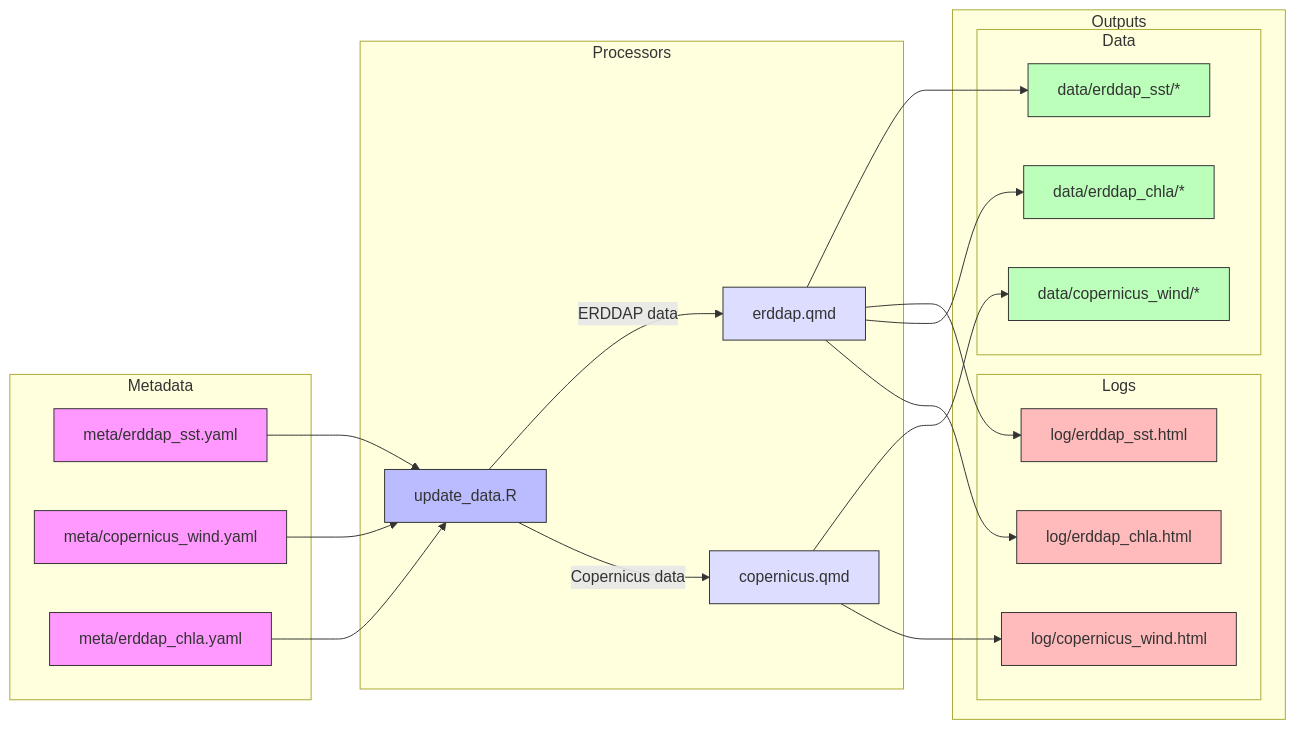
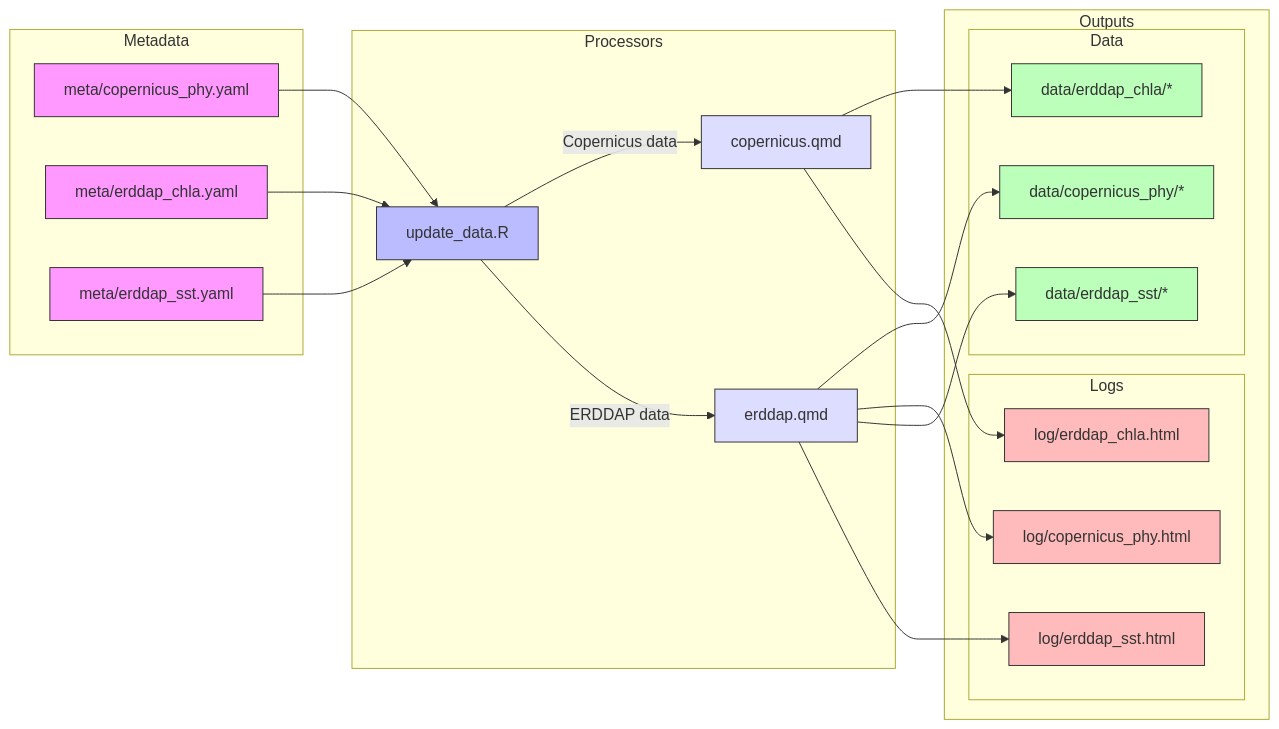
The diagram in README.md (noaa-onms/climate-dashboard-app), drawn with Mermaid before and after one commit. The commit also changed other lines of this file, not shown here.

````diff
--- a/README.md
+++ b/README.md
@@ -24,58 +24,58 @@
 ```mermaid
 graph LR
     subgraph Metadata
-        M1[meta/erddap_sst.yaml]
-        M2[meta/copernicus_wind.yaml]
-        M3[meta/erddap_chla.yaml]
+        M1[meta/copernicus_phy.yaml]
+        M2[meta/erddap_chla.yaml]
+        M3[meta/erddap_sst.yaml]
     end
     
     subgraph Processors
         P1[update_data.R]
         P2[copernicus.qmd]
         P3[erddap.qmd]
     end
     
     subgraph Outputs
         subgraph Data
-            D1[data/erddap_sst/*]
-            D2[data/copernicus_wind/*]
-            D3[data/erddap_chla/*]
+            D1[data/copernicus_phy/*]
+            D2[data/erddap_chla/*]
+            D3[data/erddap_sst/*]
         end
         
         subgraph Logs
-            L1[log/erddap_sst.html]
-            L2[log/copernicus_wind.html]
-            L3[log/erddap_chla.html]
+            L1[log/copernicus_phy.html]
+            L2[log/erddap_chla.html]
+            L3[log/erddap_sst.html]
         end
     end
     
     M1 --> P1
     M2 --> P1
     M3 --> P1
     
+    P1 --> |Copernicus data| P2
     P1 --> |ERDDAP data| P3
-    P1 --> |Copernicus data| P2
     
     P3 --> D1
     P3 --> L1
     P2 --> D2
     P2 --> L2
     P3 --> D3
     P3 --> L3
     
     style M1 fill:#f9f,stroke:#333,stroke-width:1px
     style M2 fill:#f9f,stroke:#333,stroke-width:1px
     style M3 fill:#f9f,stroke:#333,stroke-width:1px
     
     style P1 fill:#bbf,stroke:#333,stroke-width:1px
     style P2 fill:#ddf,stroke:#333,stroke-width:1px
     style P3 fill:#ddf,stroke:#333,stroke-width:1px
     
     style D1 fill:#bfb,stroke:#333,stroke-width:1px
     style D2 fill:#bfb,stroke:#333,stroke-width:1px
     style D3 fill:#bfb,stroke:#333,stroke-width:1px
     
     style L1 fill:#fbb,stroke:#333,stroke-width:1px
     style L2 fill:#fbb,stroke:#333,stroke-width:1px
     style L3 fill:#fbb,stroke:#333,stroke-width:1px
 ```
````
